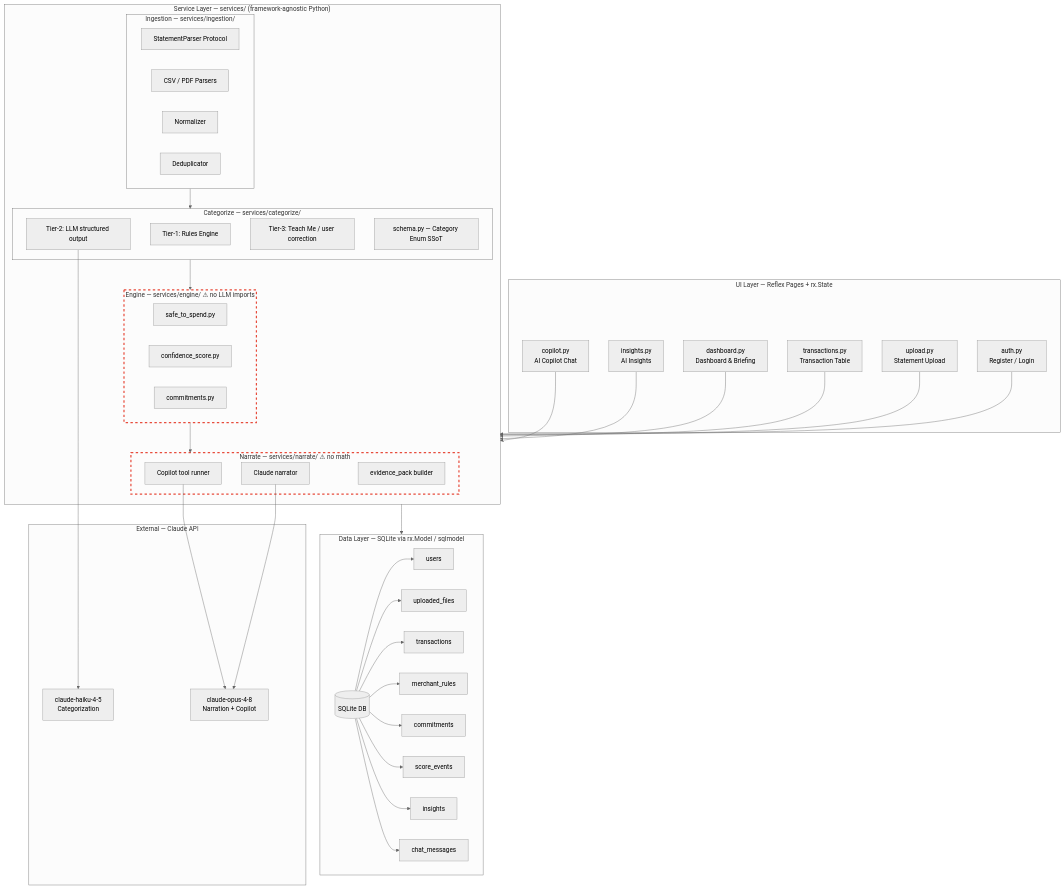
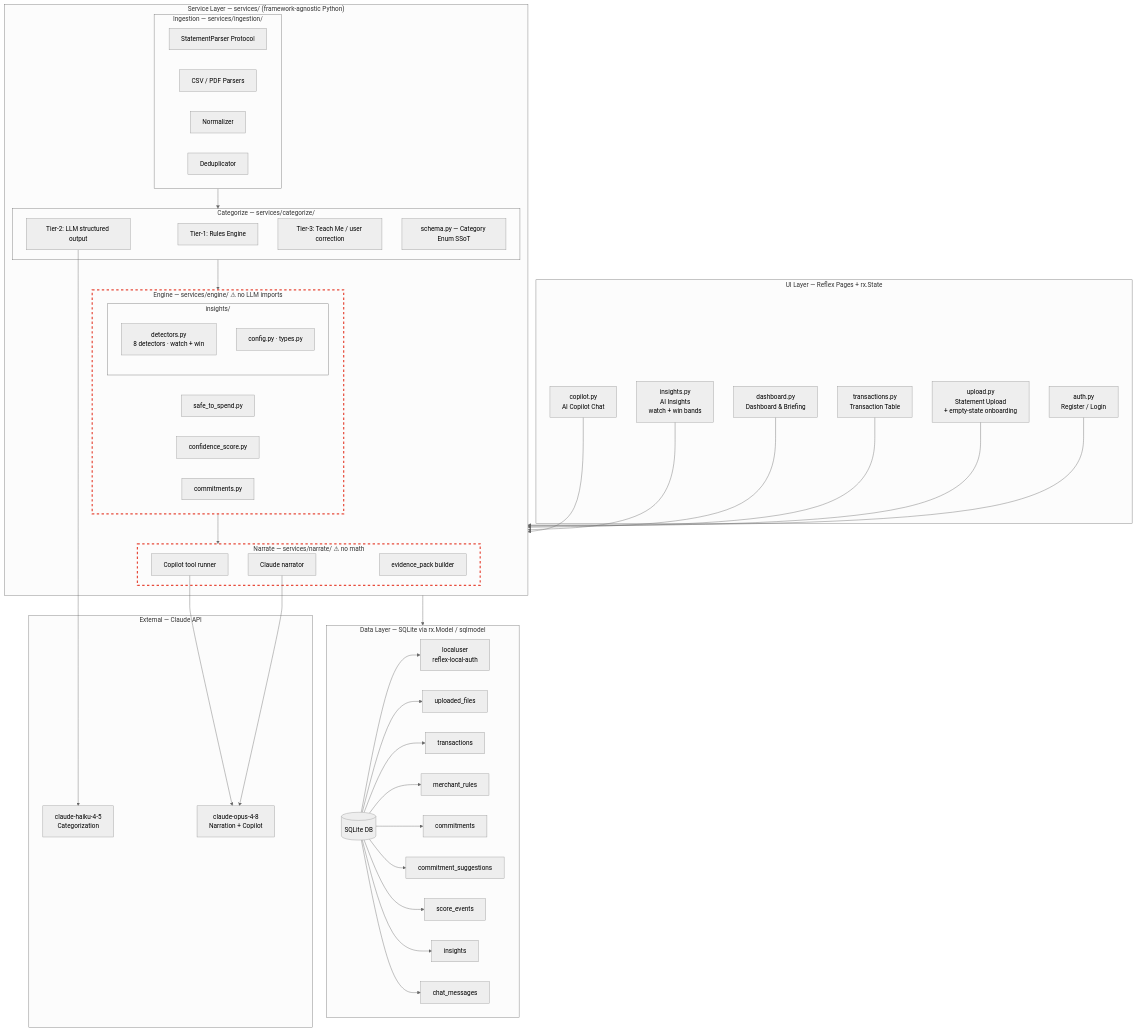
The first of 10 diagrams in docs/diagrams.md (panchadir/AI-Powered-Personal-Finance-Analyzer), drawn with Mermaid (neutral theme) before and after one commit. The commit also changed other lines of this file and 2 other files, not shown here.

Commit message:
confidenc and flowcharts changes

````diff
--- a/docs/diagrams.md
+++ b/docs/diagrams.md
@@ -11,66 +13,71 @@
 ```mermaid
 graph TB
     subgraph UI["UI Layer — Reflex Pages + rx.State"]
         P1[auth.py<br/>Register / Login]
-        P2[upload.py<br/>Statement Upload]
+        P2[upload.py<br/>Statement Upload<br/>+ empty-state onboarding]
         P3[transactions.py<br/>Transaction Table]
         P4[dashboard.py<br/>Dashboard & Briefing]
-        P5[insights.py<br/>AI Insights]
+        P5[insights.py<br/>AI Insights<br/>watch + win bands]
         P6[copilot.py<br/>AI Copilot Chat]
     end
 
     subgraph SVC["Service Layer — services/ (framework-agnostic Python)"]
         subgraph ING["Ingestion — services/ingestion/"]
             ING1[StatementParser Protocol]
             ING2[CSV / PDF Parsers]
             ING3[Normalizer]
             ING4[Deduplicator]
         end
 
         subgraph CAT["Categorize — services/categorize/"]
             CAT1[Tier-1: Rules Engine]
             CAT2[Tier-2: LLM structured output]
             CAT3[Tier-3: Teach Me / user correction]
             CAT4[schema.py — Category Enum SSoT]
         end
 
         subgraph ENG["Engine — services/engine/ ⚠ no LLM imports"]
             ENG1[safe_to_spend.py]
             ENG2[confidence_score.py]
             ENG3[commitments.py]
+            subgraph INS_ENG["insights/"]
+                ENG4[detectors.py\n8 detectors · watch + win]
+                ENG5[config.py · types.py]
+            end
         end
 
         subgraph NAR["Narrate — services/narrate/ ⚠ no math"]
             NAR1[evidence_pack builder]
             NAR2[Claude narrator]
             NAR3[Copilot tool runner]
         end
     end
 
     subgraph DATA["Data Layer — SQLite via rx.Model / sqlmodel"]
         DB[(SQLite DB)]
-        DB --> T1[users]
+        DB --> T1[localuser<br/>reflex-local-auth]
         DB --> T2[uploaded_files]
         DB --> T3[transactions]
         DB --> T4[merchant_rules]
         DB --> T5[commitments]
+        DB --> T5B[commitment_suggestions]
         DB --> T6[score_events]
         DB --> T7[insights]
         DB --> T8[chat_messages]
     end
 
     subgraph EXT["External — Claude API"]
         LLM1[claude-haiku-4-5<br/>Categorization]
         LLM2[claude-opus-4-8<br/>Narration + Copilot]
     end
 
     P1 & P2 & P3 & P4 & P5 & P6 --> SVC
     ING --> CAT --> ENG
     ENG --> NAR
     SVC --> DATA
     CAT2 --> LLM1
     NAR2 & NAR3 --> LLM2
 
     classDef hardBoundary stroke:#e74c3c,stroke-width:3px,stroke-dasharray:6
     class ENG,NAR hardBoundary
 ```
````
